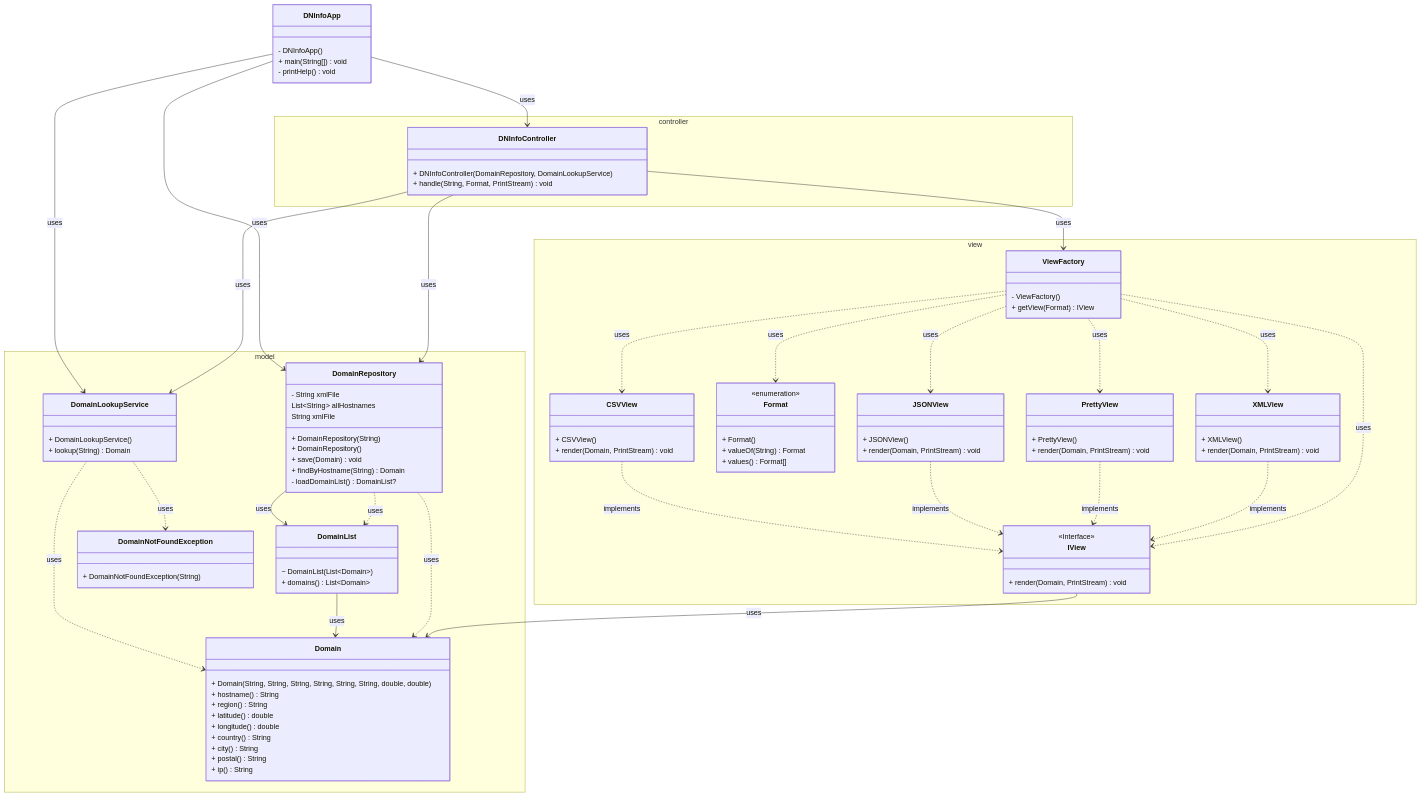
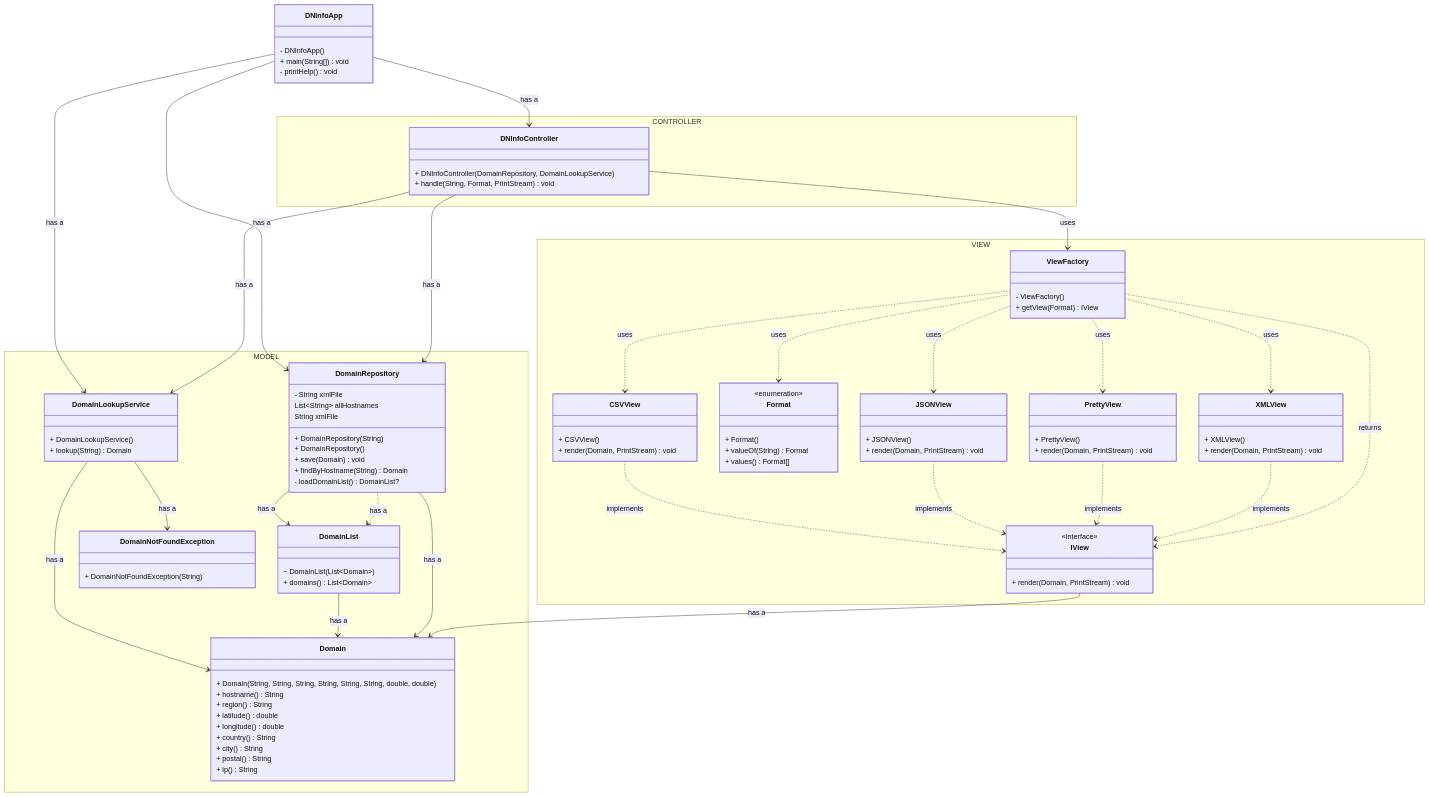
The second of 2 diagrams in DesignDocument.md (arshsinghphd/homework-04-mcv-as), drawn with Mermaid before and after one commit.

Commit message:
update final design

````diff
--- a/DesignDocument.md
+++ b/DesignDocument.md
@@ -123,14 +123,14 @@
         - printHelp() void
     }
 
-    namespace controller {
+    namespace CONTROLLER {
         class DNInfoController {
             + DNInfoController(DomainRepository, DomainLookupService)
             + handle(String, Format, PrintStream) void
         }
     }
     
-    namespace model {
+    namespace MODEL {
         class Domain {
             + Domain(String, String, String, String, String, String, double, double)
             + hostname() String
@@ -165,7 +165,7 @@
         }
     }
     
-    namespace view {
+    namespace VIEW {
         class CSVView {
             + CSVView()
             + render(Domain, PrintStream) void
@@ -198,30 +198,32 @@
         }
     }
 
-    DNInfoApp --> DomainRepository : uses
-    DNInfoApp --> DomainLookupService : uses
-    DNInfoApp --> DNInfoController : uses
+    DNInfoApp --> DomainRepository : has a
+    DNInfoApp --> DomainLookupService : has a
+    DNInfoApp --> DNInfoController : has a
 
-    DNInfoController --> DomainRepository : uses
-    DNInfoController --> DomainLookupService : uses
+    DNInfoController --> DomainRepository : has a
+    DNInfoController --> DomainLookupService : has a
     DNInfoController --> ViewFactory : uses
     
-    DomainLookupService  ..>  Domain : uses
-    DomainLookupService  ..>  DomainNotFoundException : uses
-    DomainList -->  Domain: uses
-    DomainRepository  -->  DomainList : uses
-    DomainRepository  ..>  Domain : uses
-    DomainRepository  ..>  DomainList : uses
-    
+    DomainLookupService  -->  Domain : has a
+    DomainLookupService  -->  DomainNotFoundException : has a
+    DomainList -->  Domain: has a
+    DomainRepository  -->  DomainList : has a
+    DomainRepository  -->  Domain : has a
+    DomainRepository  ..>  DomainList : has a
+
+    IView --> Domain: has a
     CSVView  ..>  IView : implements
     JSONView  ..>  IView : implements
     PrettyView  ..>  IView: implements
     XMLView  ..>  IView: implements
+    
+    ViewFactory  ..>  IView : returns
     ViewFactory  ..>  CSVView : uses
     ViewFactory  ..>  Format : uses
-    ViewFactory  ..>  IView : uses
     ViewFactory  ..>  JSONView : uses
     ViewFactory  ..>  PrettyView : uses
     ViewFactory  ..>  XMLView : uses
-    IView --> Domain: uses
+    
 ```
````
